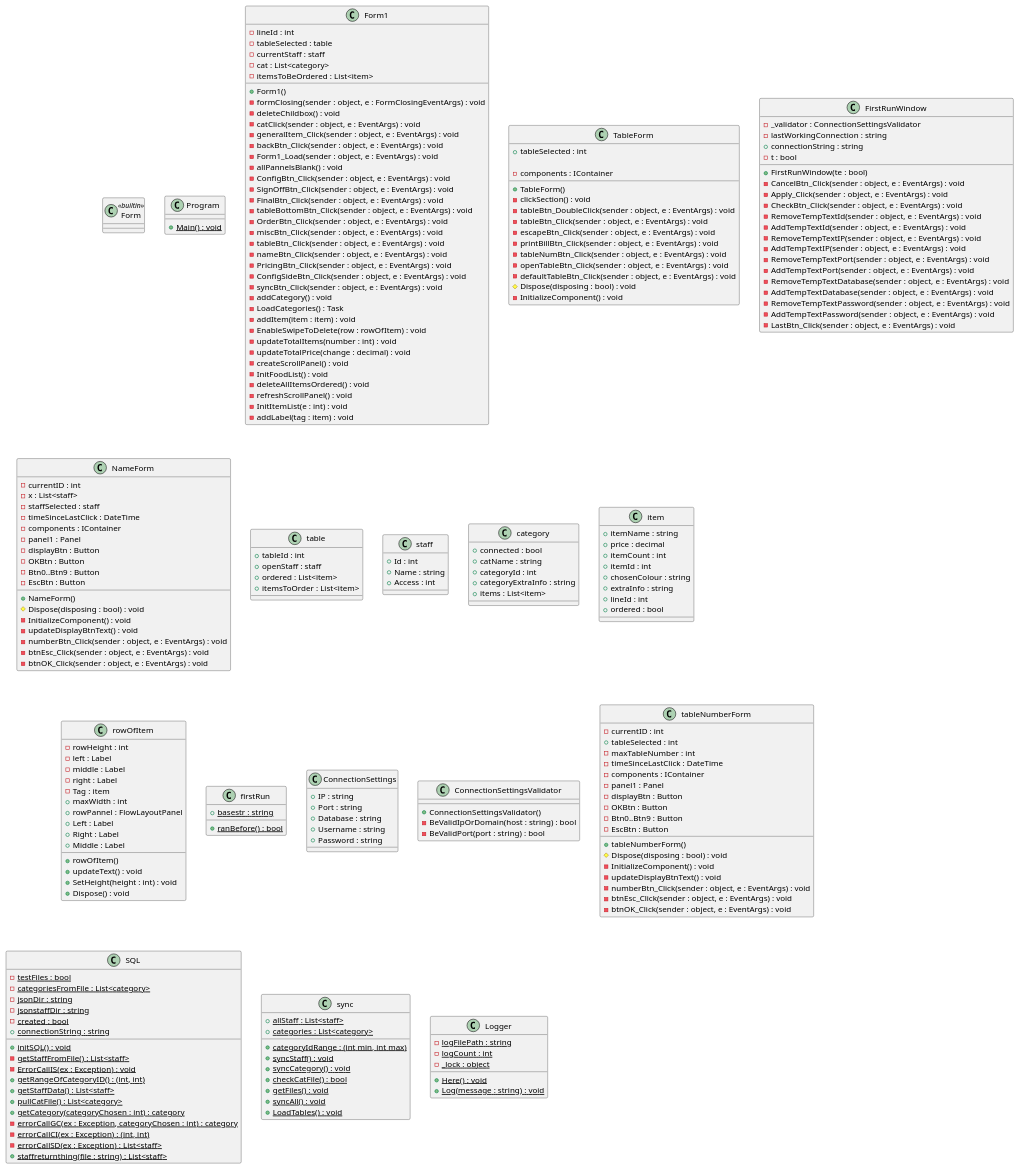
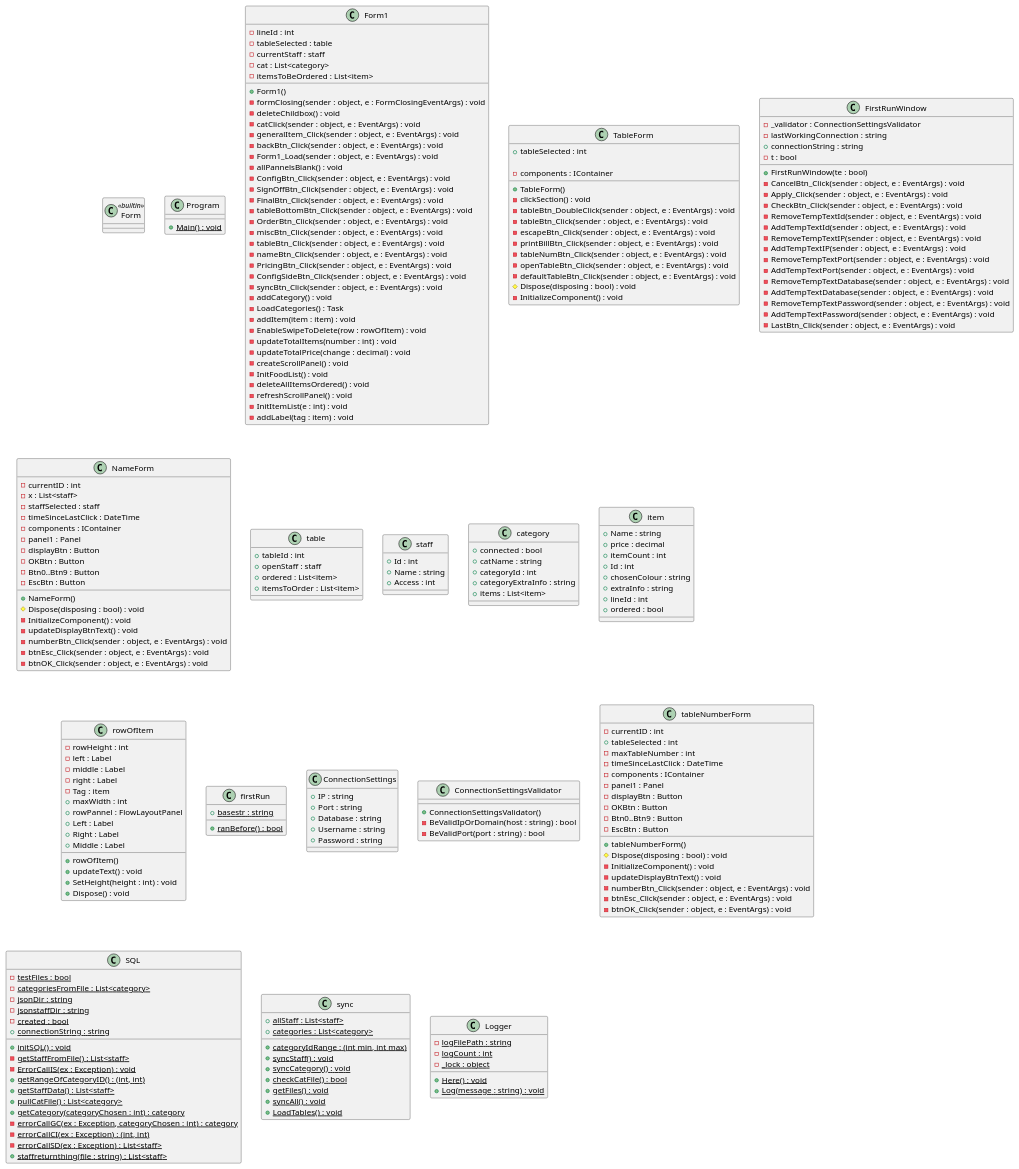
The diagram in diagrams/individual classes.puml (ffishstix/workcloneCS), drawn with PlantUML before and after one commit. The commit also changed 8 other files, not shown here.

```diff
--- a/diagrams/individual classes.puml
+++ b/diagrams/individual classes.puml
@@ -129,10 +129,10 @@
 }
 
 class item {
-  + itemName : string
+  + Name : string
   + price : decimal
   + itemCount : int
-  + itemId : int
+  + Id : int
   + chosenColour : string
   + extraInfo : string
   + lineId : int
```
